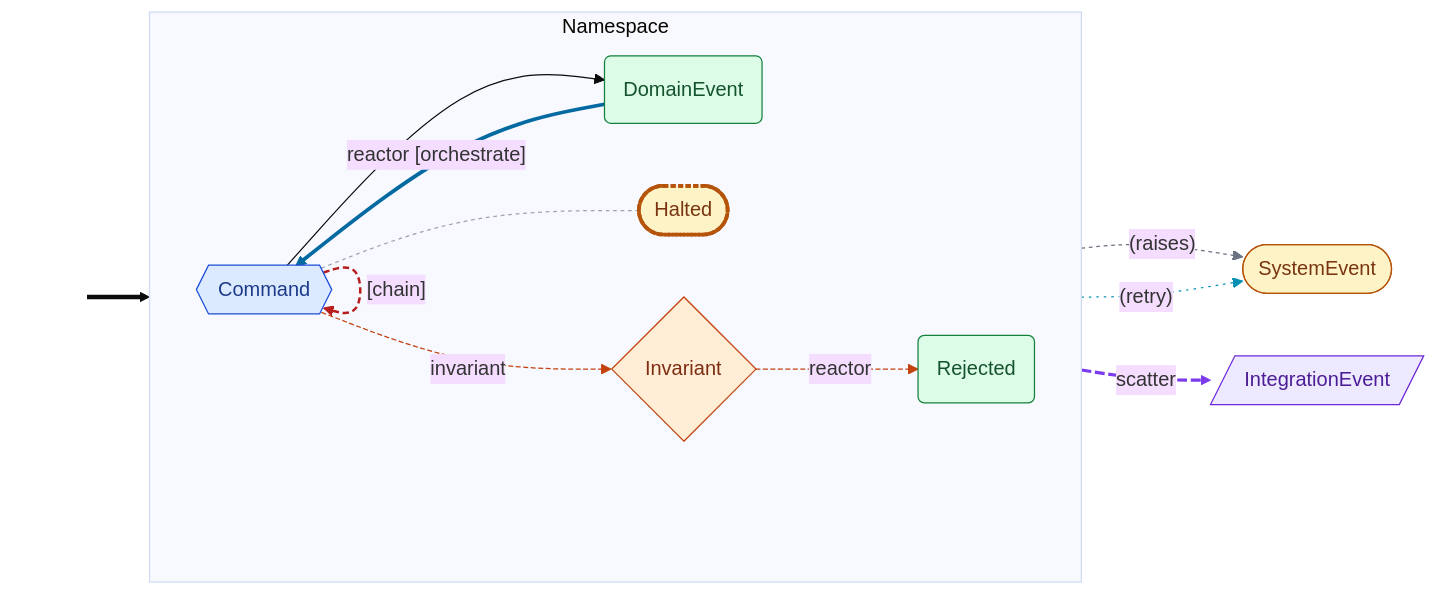
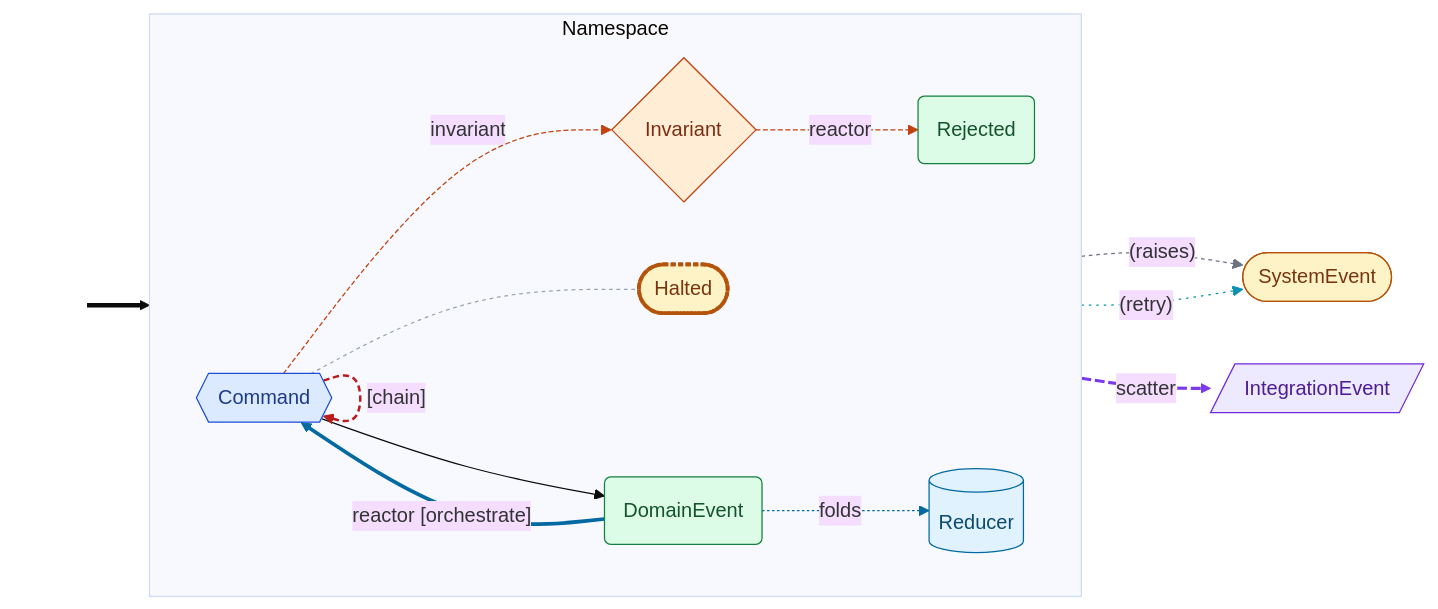
The first of 2 diagrams in examples/error_recovery.graph.md (cadance-io/langgraph-events), drawn with Mermaid (base theme) before and after one commit. The commit also changed 16 other files, not shown here.

First line of the commit message:
feat: show each reducer in the namespace model and its diagrams

````diff
--- a/examples/error_recovery.graph.md
+++ b/examples/error_recovery.graph.md
@@ -7,36 +7,40 @@
 ```mermaid
 graph LR
     classDef entry fill:none,stroke:none,color:none
     classDef cmd fill:#dbeafe,stroke:#1d4ed8,color:#1e3a8a
     classDef devt fill:#dcfce7,stroke:#15803d,color:#14532d
     classDef intg fill:#ede9fe,stroke:#6d28d9,color:#4c1d95
     classDef syst fill:#fef3c7,stroke:#b45309,color:#78350f
     classDef halt fill:#fef3c7,stroke:#b45309,color:#78350f,stroke-width:3px,stroke-dasharray:4 2
     classDef inv fill:#ffedd5,stroke:#c2410c,color:#7c2d12
+    classDef reducer fill:#e0f2fe,stroke:#0369a1,color:#0c4a6e
     subgraph Example["Namespace"]
       direction LR
       Command{{Command}}:::cmd
       DomainEvent(DomainEvent):::devt
       Halted([Halted]):::halt
       Invariant{Invariant}:::inv
       Rejected(Rejected):::devt
+      Reducer[(Reducer)]:::reducer
     end
     IntegrationEvent[/IntegrationEvent/]:::intg
     SystemEvent([SystemEvent]):::syst
     _seed_[ ]:::entry ==> Command
     Command --> DomainEvent
     Command -.->|"(raises)"| SystemEvent
     Command -.->|scatter| IntegrationEvent
     Command -.- Halted
     Command -.->|invariant| Invariant -.->|reactor| Rejected
     DomainEvent -->|"reactor [orchestrate]"| Command
     Command -->|"[chain]"| Command
     Command -.->|"(retry)"| SystemEvent
+    DomainEvent -.->|folds| Reducer
     linkStyle 2 stroke:#6b7280,stroke-dasharray:3 3
     linkStyle 3 stroke:#7c3aed,stroke-width:2.5px,stroke-dasharray:8 3
     linkStyle 4 stroke:#9ca3af,stroke-dasharray:3 3
     linkStyle 5,6 stroke:#c2410c,stroke-dasharray:4 2
     linkStyle 7 stroke:#0369a1,stroke-width:3px
     linkStyle 8 stroke:#b91c1c,stroke-width:2px,stroke-dasharray:5 3
     linkStyle 9 stroke:#0891b2,stroke-dasharray:2 4
+    linkStyle 10 stroke:#0369a1,stroke-dasharray:2 2
 ```
````
